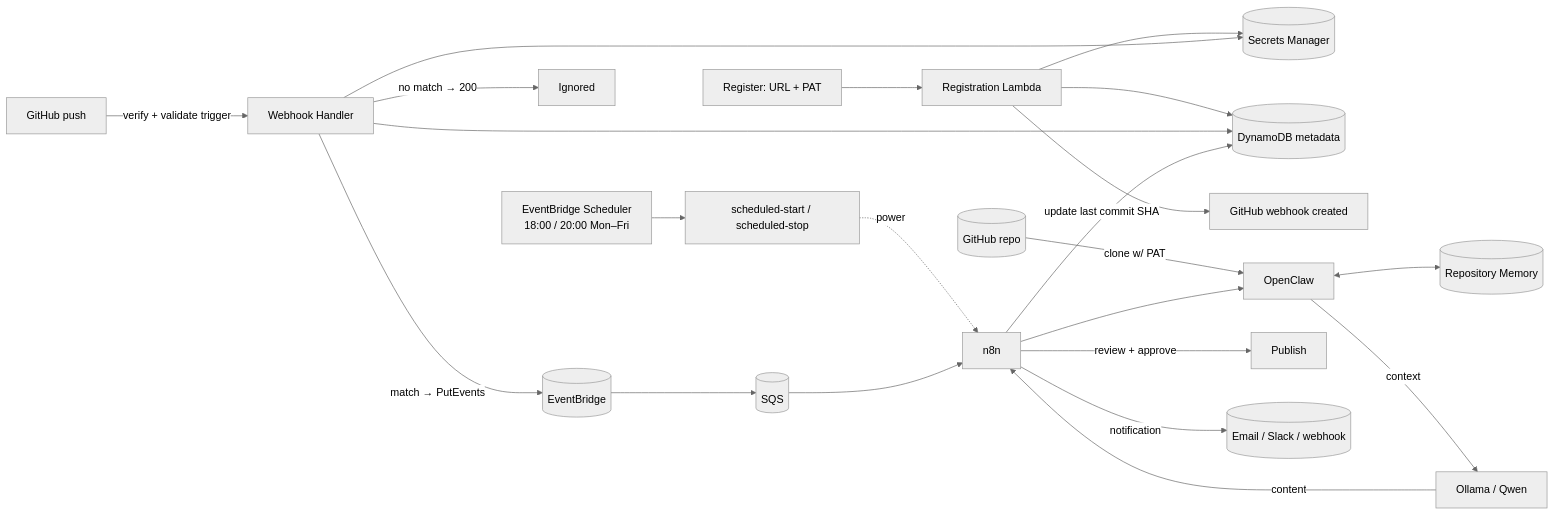
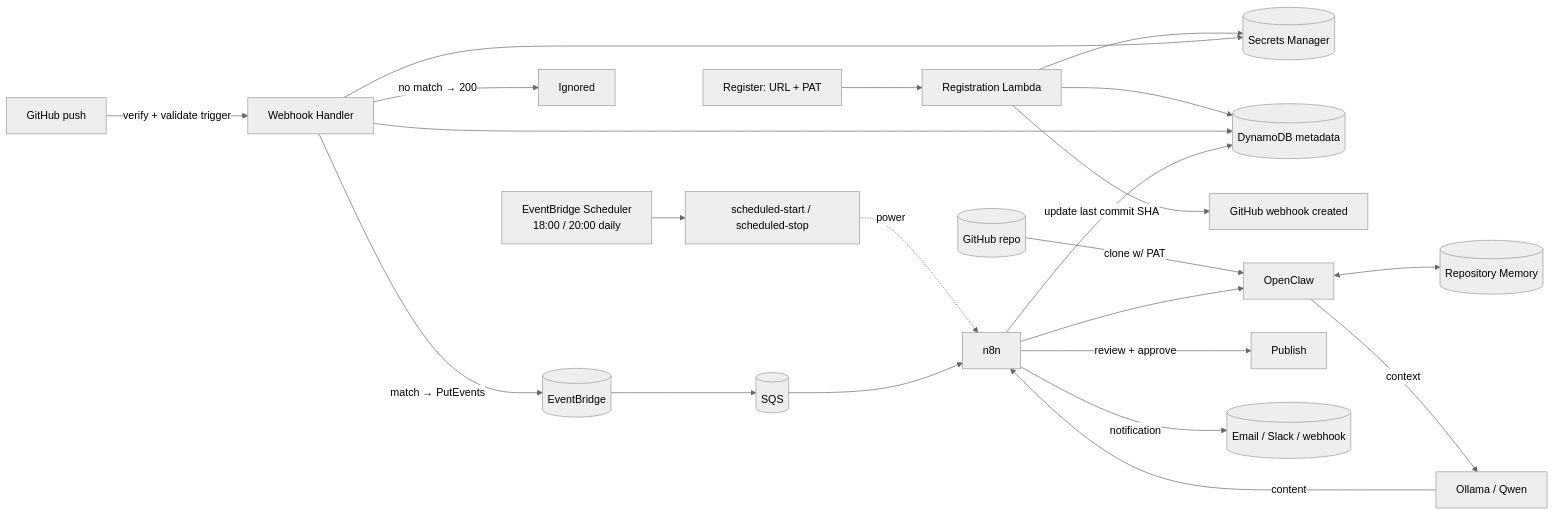
Before and after one commit to teddynted/ai-github-repository-blog-generator: the eighth of 8 diagrams in docs/architecture.md, drawn with Mermaid (neutral theme). The commit also changed other lines of this file and 21 other files, not shown here.

````diff
--- a/docs/architecture.md
+++ b/docs/architecture.md
@@ -291,25 +291,25 @@
 ```mermaid
 flowchart LR
     REG[Register: URL + PAT] --> RL[Registration Lambda]
     RL --> SM[(Secrets Manager)]
     RL --> DDB[(DynamoDB metadata)]
     RL --> HOOK[GitHub webhook created]
 
     EVT[GitHub push] -->|verify + validate trigger| LH[Webhook Handler]
     LH --> DDB
     LH --> SM
     LH -->|match → PutEvents| EB[(EventBridge)]
     LH -->|no match → 200| STOP[Ignored]
     EB --> SQS[(SQS)]
-    SCH[EventBridge Scheduler<br/>18:00 / 20:00 Mon–Fri] --> PWR[scheduled-start / scheduled-stop]
+    SCH[EventBridge Scheduler<br/>18:00 / 20:00 daily] --> PWR[scheduled-start / scheduled-stop]
     PWR -.->|power| N8N
     SQS --> N8N[n8n]
     GH[(GitHub repo)] -->|clone w/ PAT| OC[OpenClaw]
     N8N --> OC
     OC <--> MEM[(Repository Memory)]
     OC -->|context| OL[Ollama / Qwen]
     OL -->|content| N8N
     N8N -->|review + approve| PUB[Publish]
     N8N -->|update last commit SHA| DDB
     N8N -->|notification| NOTIF[(Email / Slack / webhook)]
 ```
````
